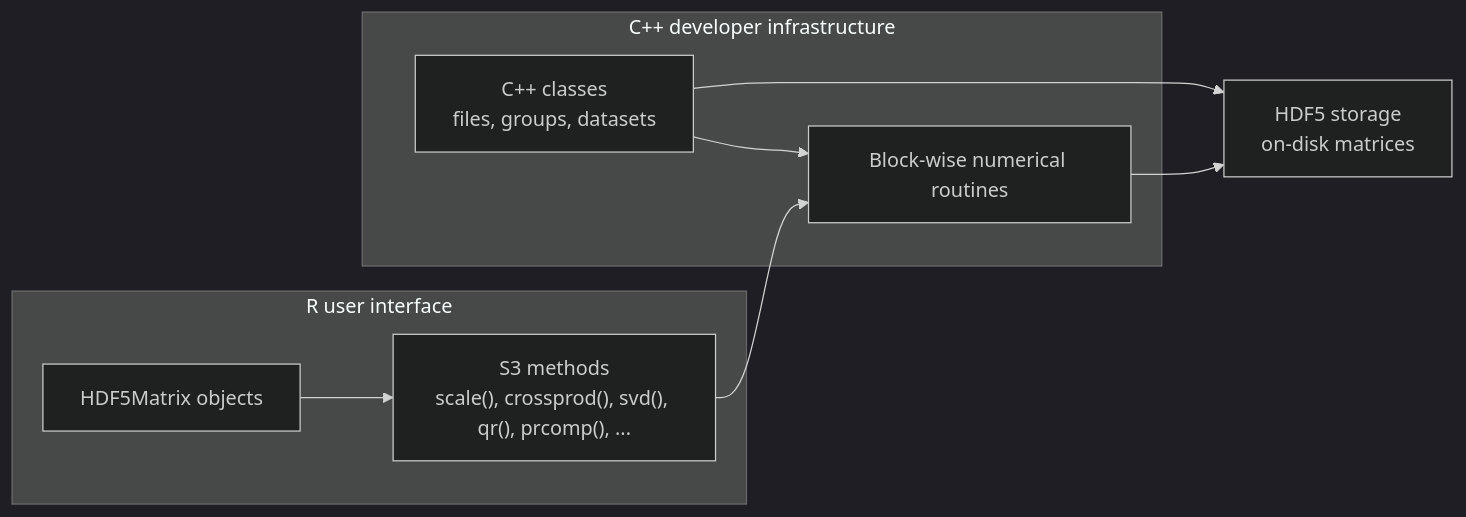
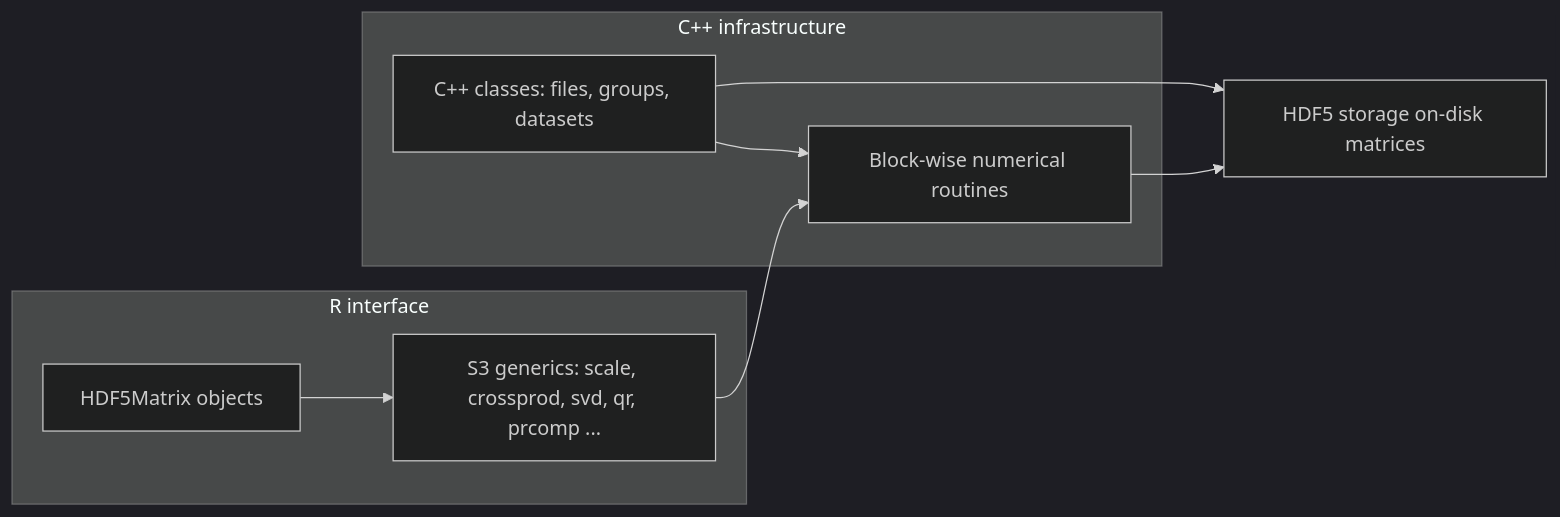
Before and after one commit to isglobal-brge/BigDataStatMeth: the diagram in README.md, drawn with Mermaid (dark theme). The commit also changed other lines of this file, not shown here.

````diff
--- a/README.md
+++ b/README.md
@@ -31,14 +24,12 @@
 ```mermaid
 flowchart LR
-    subgraph R["R user interface"]
-        A["HDF5Matrix objects"] --> B["S3 methods<br/>scale(), crossprod(), svd(), qr(), prcomp(), ..."]
+    subgraph R["R interface"]
+        A["HDF5Matrix objects"] --> B["S3 generics: scale, crossprod, svd, qr, prcomp ..."]
     end
-
-    subgraph CPP["C++ developer infrastructure"]
-        C["C++ classes<br/>files, groups, datasets"] --> D["Block-wise numerical routines"]
+    subgraph CPP["C++ infrastructure"]
+        C["C++ classes: files, groups, datasets"] --> D["Block-wise numerical routines"]
     end
-
     B --> D
-    D --> E["HDF5 storage<br/>on-disk matrices"]
+    D --> E["HDF5 storage on-disk matrices"]
     C --> E
 ```
````
